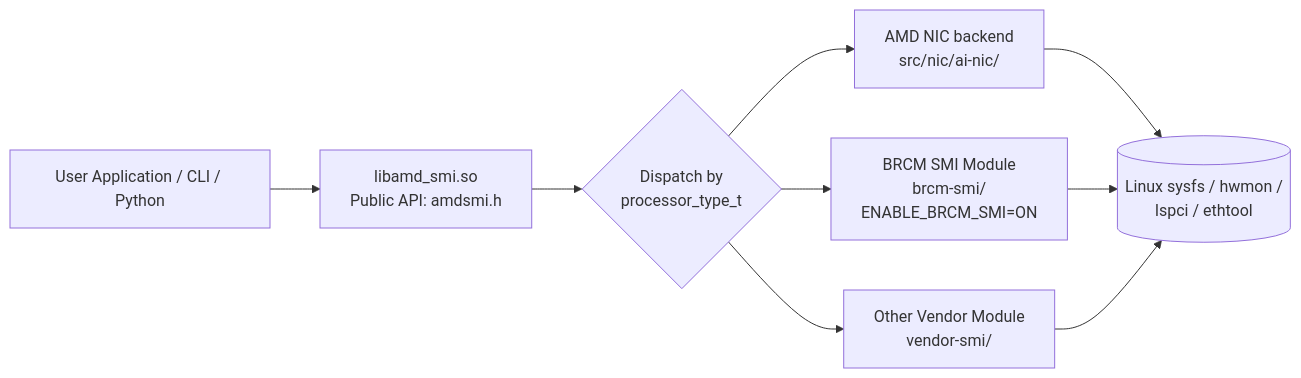
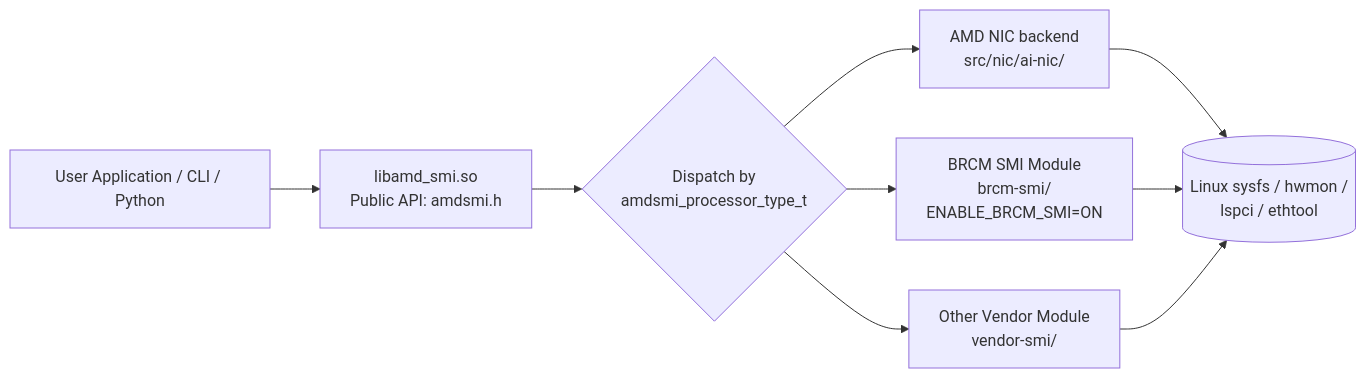
Before and after one commit to ROCm/rocm-systems: the second of 2 diagrams in projects/amdsmi/docs/how-to/amdsmi-nic-integration.md, drawn with Mermaid. The commit also changed other lines of this file, not shown here.

Commit message:
docs(amdsmi/nic): rename processor_type_t to amdsmi_processor_type_t

````diff
--- a/projects/amdsmi/docs/how-to/amdsmi-nic-integration.md
+++ b/projects/amdsmi/docs/how-to/amdsmi-nic-integration.md
@@ -964,11 +959,11 @@
 ```mermaid
 flowchart LR
     App[User Application / CLI / Python] --> AmdSmi[libamd_smi.so<br/>Public API: amdsmi.h]
-    AmdSmi --> Dispatch{Dispatch by<br/>processor_type_t}
+    AmdSmi --> Dispatch{Dispatch by<br/>amdsmi_processor_type_t}
     Dispatch --> AmdNic[AMD NIC backend<br/>src/nic/ai-nic/]
     Dispatch --> Brcm[BRCM SMI Module<br/>brcm-smi/<br/>ENABLE_BRCM_SMI=ON]
     Dispatch --> VendorX[Other Vendor Module<br/>vendor-smi/]
     AmdNic --> Sysfs[(Linux sysfs / hwmon /<br/>lspci / ethtool)]
     Brcm --> Sysfs
     VendorX --> Sysfs
 ```
````
